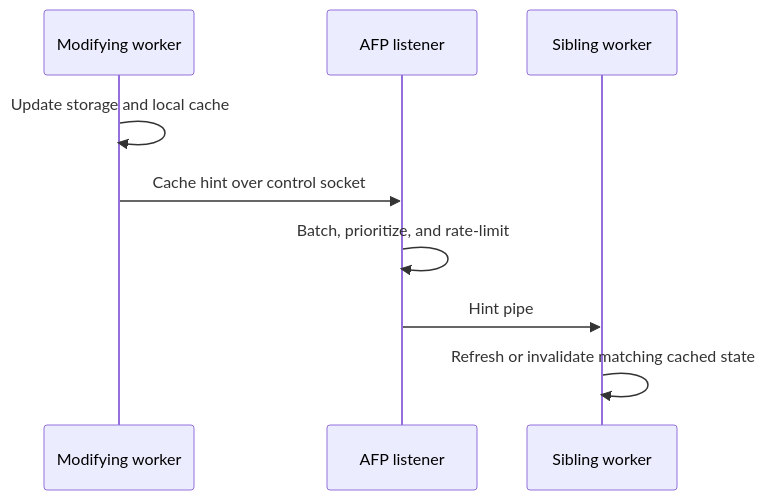
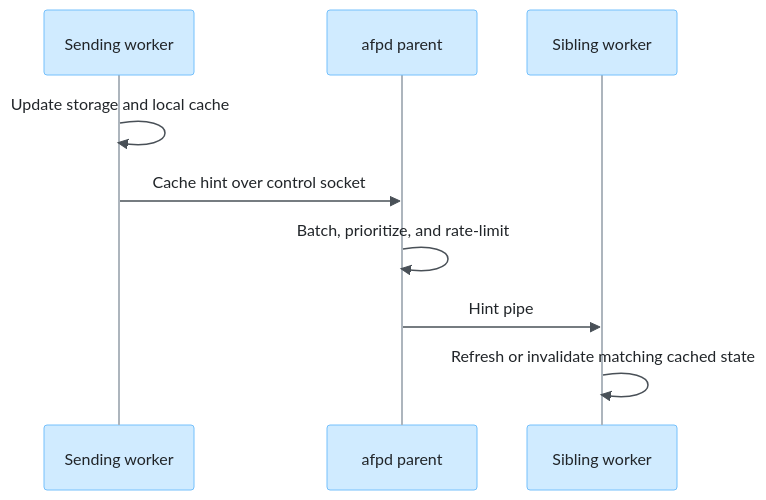
The sixth of 6 diagrams in doc/developer/caching.md (Netatalk/netatalk), drawn with Mermaid before and after one commit. The commit also changed other lines of this file and 31 other files, not shown here.

````diff
--- a/doc/developer/caching.md
+++ b/doc/developer/caching.md
@@ -142,11 +493,12 @@
 ```mermaid
+%%{init: {"theme": "base", "themeVariables": {"fontFamily": "Inter, Segoe UI, Helvetica Neue, Arial, sans-serif", "fontSize": "16px", "actorBkg": "#d0ebff", "actorBorder": "#74c0fc", "actorTextColor": "#212529", "actorLineColor": "#adb5bd", "signalColor": "#495057", "signalTextColor": "#212529", "noteBkgColor": "#f8f9fa", "noteBorderColor": "#ced4da", "noteTextColor": "#212529"}}}%%
 sequenceDiagram
-    participant A as Modifying worker
-    participant P as AFP listener
+    participant A as Sending worker
+    participant P as afpd parent
     participant B as Sibling worker
     A->>A: Update storage and local cache
     A->>P: Cache hint over control socket
     P->>P: Batch, prioritize, and rate-limit
     P->>B: Hint pipe
     B->>B: Refresh or invalidate matching cached state
 ```
````
